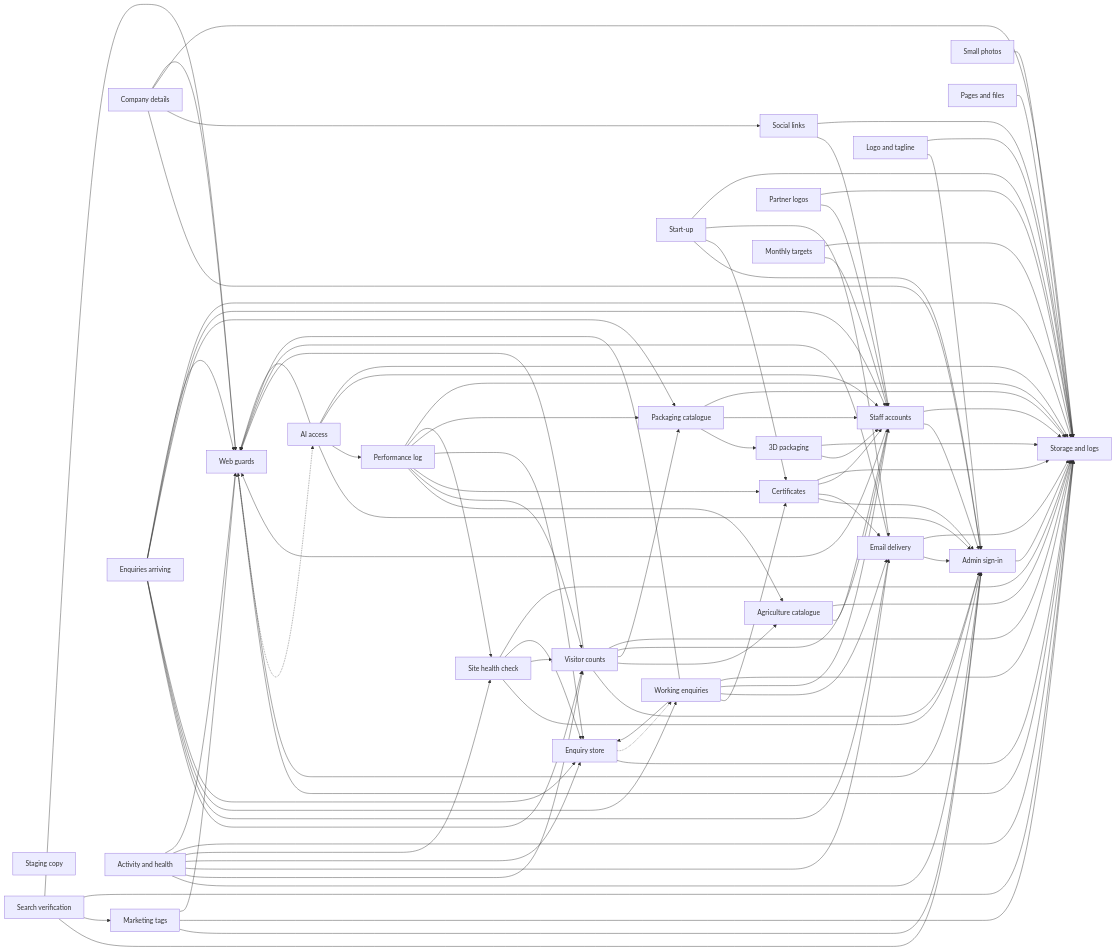
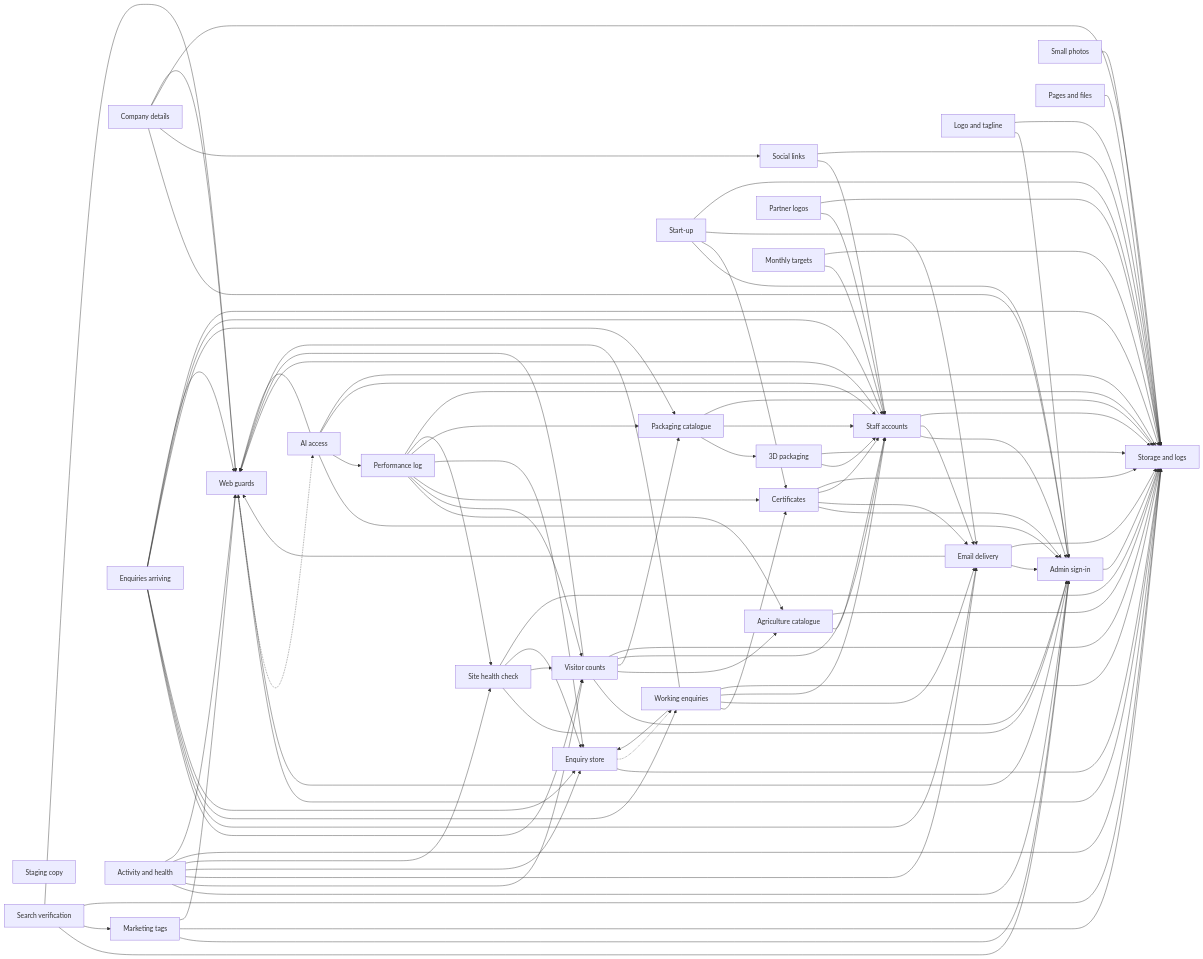
One commit to archimatrix47-design/Olira changed the diagram in boxes/MAP.md. Above: the diagram before and after it, drawn with Mermaid. The commit also changed other lines of this file and 6 other files, not shown here.

```diff
--- a/boxes/MAP.md
+++ b/boxes/MAP.md
@@ -115,6 +115,7 @@
   social_links --> staff_accounts
   social_links --> storage
   staff_accounts --> admin_sign_in
+  staff_accounts --> email
   staff_accounts --> storage
   staff_accounts --> web_guards
   startup --> admin_sign_in
```
